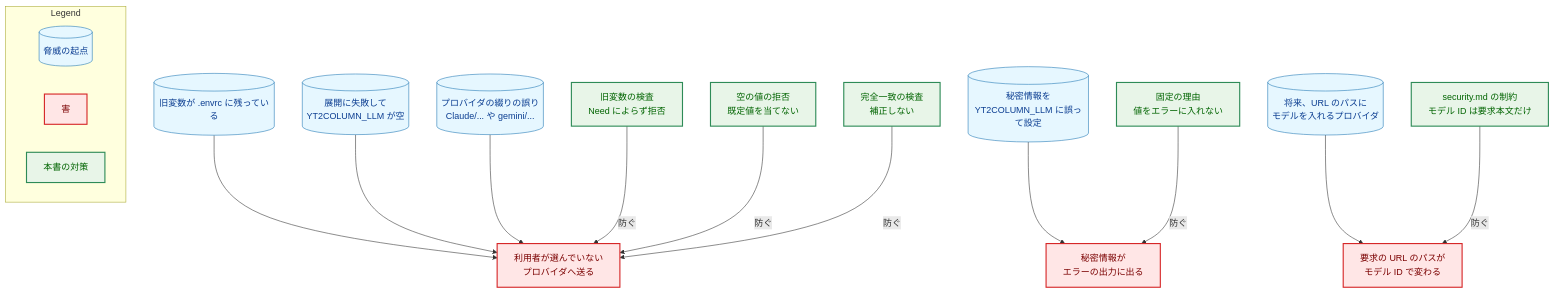
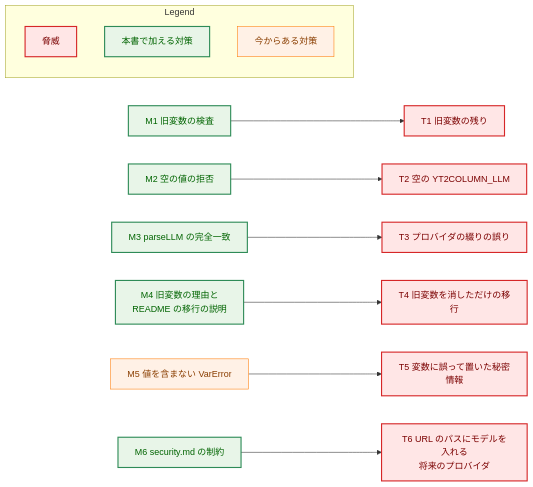
One commit to isseis/yt2column changed the fourth of 5 diagrams in docs/tasks/0045_llm_env_var/02_architecture.md. Above: the diagram before and after it, drawn with Mermaid. The commit also changed other lines of this file, not shown here.

First line of the commit message:
docs(0045): address the architecture and prose review findings

````diff
--- a/docs/tasks/0045_llm_env_var/02_architecture.md
+++ b/docs/tasks/0045_llm_env_var/02_architecture.md
@@ -459,46 +477,40 @@
 ```mermaid
-flowchart TD
-    classDef data fill:#e6f7ff,stroke:#1f77b4,stroke-width:1px,color:#0b3d91;
+flowchart LR
+    classDef process fill:#fff1e6,stroke:#ff7f0e,stroke-width:1px,color:#8a3e00;
     classDef enhanced fill:#e8f5e8,stroke:#2e8b57,stroke-width:2px,color:#006400;
     classDef problem fill:#ffe6e6,stroke:#d62728,stroke-width:2px,color:#7b0000;
 
-    T1[("旧変数が .envrc に残っている")]
-    T2[("展開に失敗して<br>YT2COLUMN_LLM が空")]
-    T3[("プロバイダの綴りの誤り<br>Claude/... や gemini/...")]
-    T4[("秘密情報を<br>YT2COLUMN_LLM に誤って設定")]
-    T5[("将来、URL のパスに<br>モデルを入れるプロバイダ")]
+    T1["T1 旧変数の残り"]
+    T2["T2 空の YT2COLUMN_LLM"]
+    T3["T3 プロバイダの綴りの誤り"]
+    T4["T4 旧変数を消しただけの移行"]
+    T5["T5 変数に誤って置いた秘密情報"]
+    T6["T6 URL のパスにモデルを入れる<br>将来のプロバイダ"]
 
-    H1["利用者が選んでいない<br>プロバイダへ送る"]
-    H2["秘密情報が<br>エラーの出力に出る"]
-    H3["要求の URL のパスが<br>モデル ID で変わる"]
+    M1["M1 旧変数の検査"]
+    M2["M2 空の値の拒否"]
+    M3["M3 parseLLM の完全一致"]
+    M4["M4 旧変数の理由と<br>README の移行の説明"]
+    M5["M5 値を含まない VarError"]
+    M6["M6 security.md の制約"]
 
-    M1["旧変数の検査<br>Need によらず拒否"]
-    M2["空の値の拒否<br>既定値を当てない"]
-    M3["完全一致の検査<br>補正しない"]
-    M4["固定の理由<br>値をエラーに入れない"]
-    M5["security.md の制約<br>モデル ID は要求本文だけ"]
+    M1 --> T1
+    M2 --> T2
+    M3 --> T3
+    M4 --> T4
+    M5 --> T5
+    M6 --> T6
 
-    T1 --> H1
-    T2 --> H1
-    T3 --> H1
-    T4 --> H2
-    T5 --> H3
-    M1 -->|"防ぐ"| H1
-    M2 -->|"防ぐ"| H1
-    M3 -->|"防ぐ"| H1
-    M4 -->|"防ぐ"| H2
-    M5 -->|"防ぐ"| H3
-
-    class T1,T2,T3,T4,T5 data
-    class H1,H2,H3 problem
-    class M1,M2,M3,M4,M5 enhanced
+    class T1,T2,T3,T4,T5,T6 problem
+    class M1,M2,M3,M4,M6 enhanced
+    class M5 process
 
     subgraph Legend["Legend"]
-        L1[("脅威の起点")]
-        L2["害"]
-        L3["本書の対策"]
+        L1["脅威"]
+        L2["本書で加える対策"]
+        L3["今からある対策"]
     end
-    class L1 data
-    class L2 problem
-    class L3 enhanced
+    class L1 problem
+    class L2 enhanced
+    class L3 process
 ```
````
